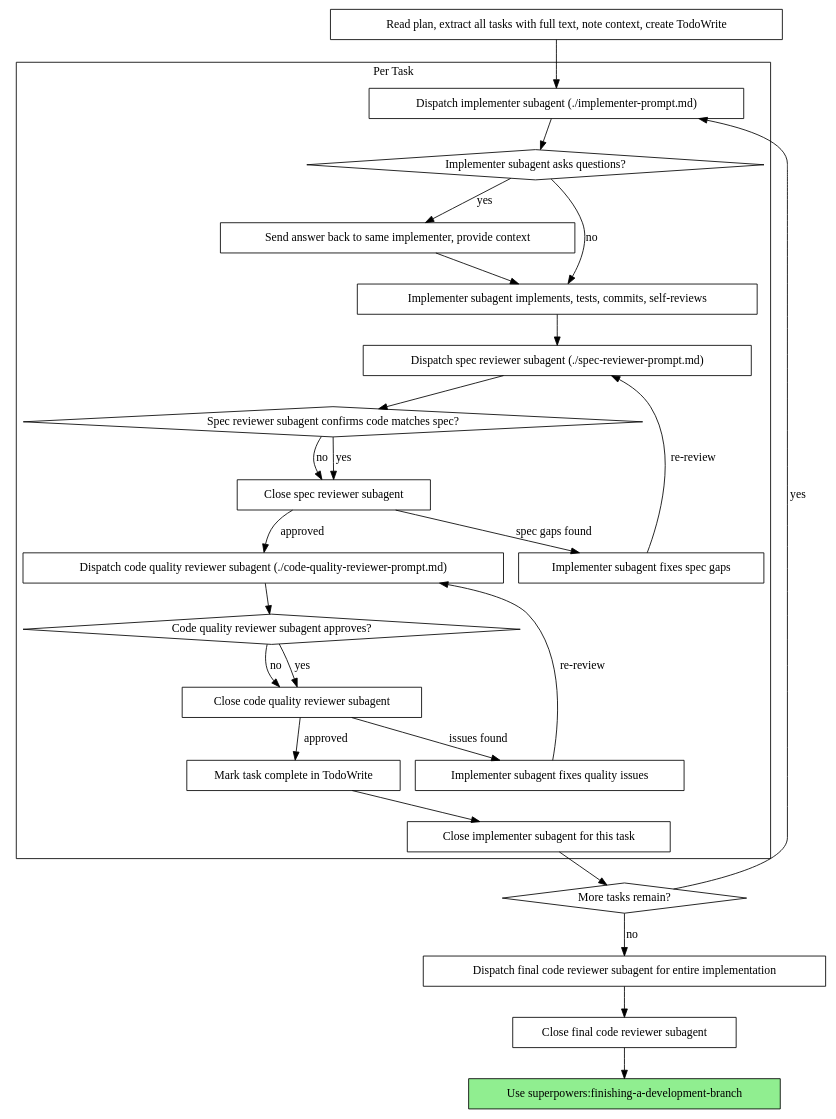
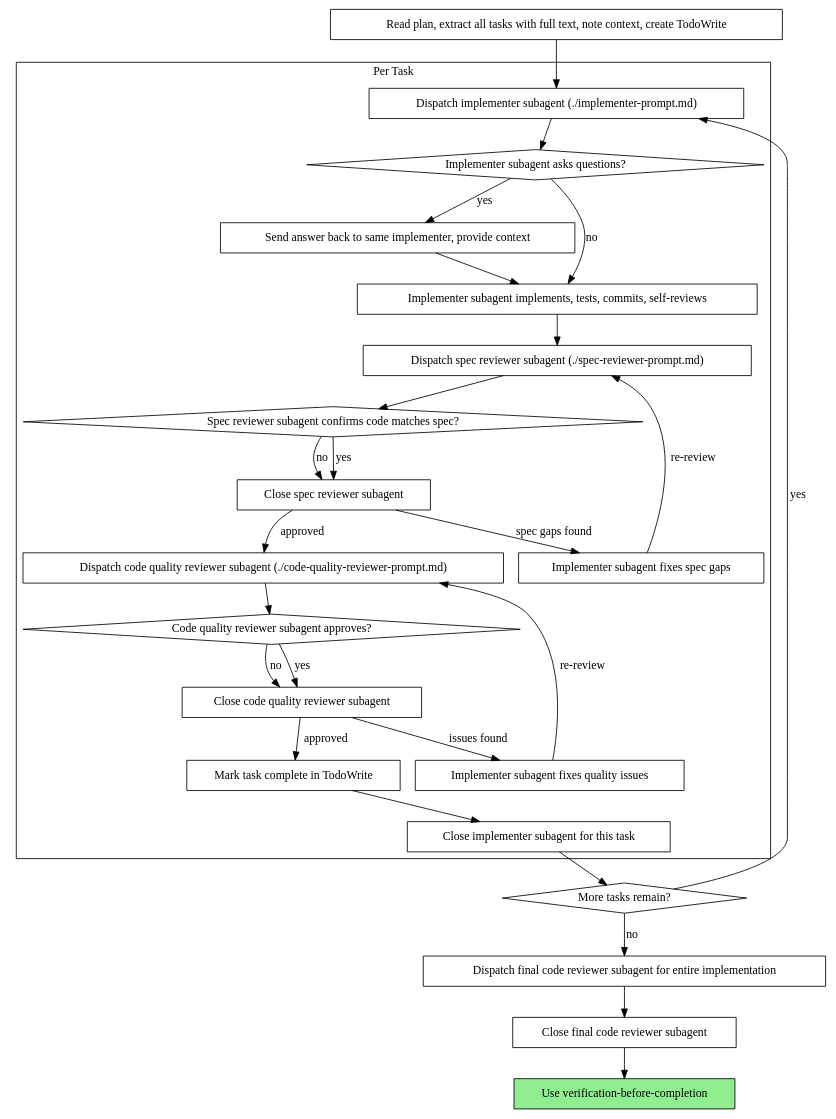
One commit to FightWithLife/agent-skills-hook changed the second of 2 diagrams in agents/skills/subagent-driven-development/SKILL.md. Above: the diagram before and after it, drawn with Graphviz. The commit also changed other lines of this file and 255 other files, not shown here.

````diff
--- a/agents/skills/subagent-driven-development/SKILL.md
+++ b/agents/skills/subagent-driven-development/SKILL.md
@@ -40,54 +40,54 @@
 ```dot
 digraph process {
     rankdir=TB;
 
     subgraph cluster_per_task {
         label="Per Task";
         "Dispatch implementer subagent (./implementer-prompt.md)" [shape=box];
         "Implementer subagent asks questions?" [shape=diamond];
         "Send answer back to same implementer, provide context" [shape=box];
         "Implementer subagent implements, tests, commits, self-reviews" [shape=box];
         "Dispatch spec reviewer subagent (./spec-reviewer-prompt.md)" [shape=box];
         "Spec reviewer subagent confirms code matches spec?" [shape=diamond];
         "Close spec reviewer subagent" [shape=box];
         "Implementer subagent fixes spec gaps" [shape=box];
         "Dispatch code quality reviewer subagent (./code-quality-reviewer-prompt.md)" [shape=box];
         "Code quality reviewer subagent approves?" [shape=diamond];
         "Close code quality reviewer subagent" [shape=box];
         "Implementer subagent fixes quality issues" [shape=box];
         "Mark task complete in TodoWrite" [shape=box];
         "Close implementer subagent for this task" [shape=box];
     }
 
     "Read plan, extract all tasks with full text, note context, create TodoWrite" [shape=box];
     "More tasks remain?" [shape=diamond];
     "Dispatch final code reviewer subagent for entire implementation" [shape=box];
     "Close final code reviewer subagent" [shape=box];
-    "Use superpowers:finishing-a-development-branch" [shape=box style=filled fillcolor=lightgreen];
+    "Use verification-before-completion" [shape=box style=filled fillcolor=lightgreen];
 
     "Read plan, extract all tasks with full text, note context, create TodoWrite" -> "Dispatch implementer subagent (./implementer-prompt.md)";
     "Dispatch implementer subagent (./implementer-prompt.md)" -> "Implementer subagent asks questions?";
     "Implementer subagent asks questions?" -> "Send answer back to same implementer, provide context" [label="yes"];
     "Send answer back to same implementer, provide context" -> "Implementer subagent implements, tests, commits, self-reviews";
     "Implementer subagent asks questions?" -> "Implementer subagent implements, tests, commits, self-reviews" [label="no"];
     "Implementer subagent implements, tests, commits, self-reviews" -> "Dispatch spec reviewer subagent (./spec-reviewer-prompt.md)";
     "Dispatch spec reviewer subagent (./spec-reviewer-prompt.md)" -> "Spec reviewer subagent confirms code matches spec?";
     "Spec reviewer subagent confirms code matches spec?" -> "Close spec reviewer subagent" [label="yes"];
     "Spec reviewer subagent confirms code matches spec?" -> "Close spec reviewer subagent" [label="no"];
     "Close spec reviewer subagent" -> "Implementer subagent fixes spec gaps" [label="spec gaps found"];
     "Implementer subagent fixes spec gaps" -> "Dispatch spec reviewer subagent (./spec-reviewer-prompt.md)" [label="re-review"];
     "Close spec reviewer subagent" -> "Dispatch code quality reviewer subagent (./code-quality-reviewer-prompt.md)" [label="approved"];
     "Dispatch code quality reviewer subagent (./code-quality-reviewer-prompt.md)" -> "Code quality reviewer subagent approves?";
     "Code quality reviewer subagent approves?" -> "Close code quality reviewer subagent" [label="yes"];
     "Code quality reviewer subagent approves?" -> "Close code quality reviewer subagent" [label="no"];
     "Close code quality reviewer subagent" -> "Implementer subagent fixes quality issues" [label="issues found"];
     "Implementer subagent fixes quality issues" -> "Dispatch code quality reviewer subagent (./code-quality-reviewer-prompt.md)" [label="re-review"];
     "Close code quality reviewer subagent" -> "Mark task complete in TodoWrite" [label="approved"];
     "Mark task complete in TodoWrite" -> "Close implementer subagent for this task";
     "Close implementer subagent for this task" -> "More tasks remain?";
     "More tasks remain?" -> "Dispatch implementer subagent (./implementer-prompt.md)" [label="yes"];
     "More tasks remain?" -> "Dispatch final code reviewer subagent for entire implementation" [label="no"];
     "Dispatch final code reviewer subagent for entire implementation" -> "Close final code reviewer subagent";
-    "Close final code reviewer subagent" -> "Use superpowers:finishing-a-development-branch";
+    "Close final code reviewer subagent" -> "Use verification-before-completion";
 }
 ```
````
